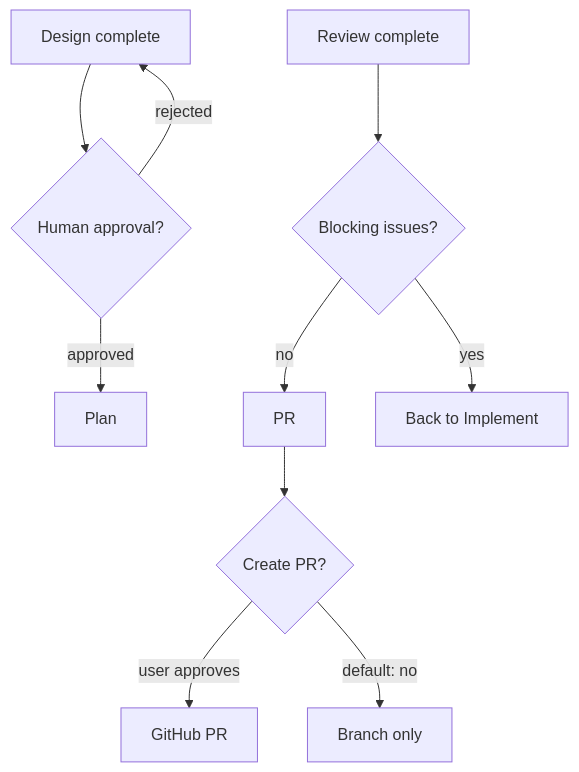
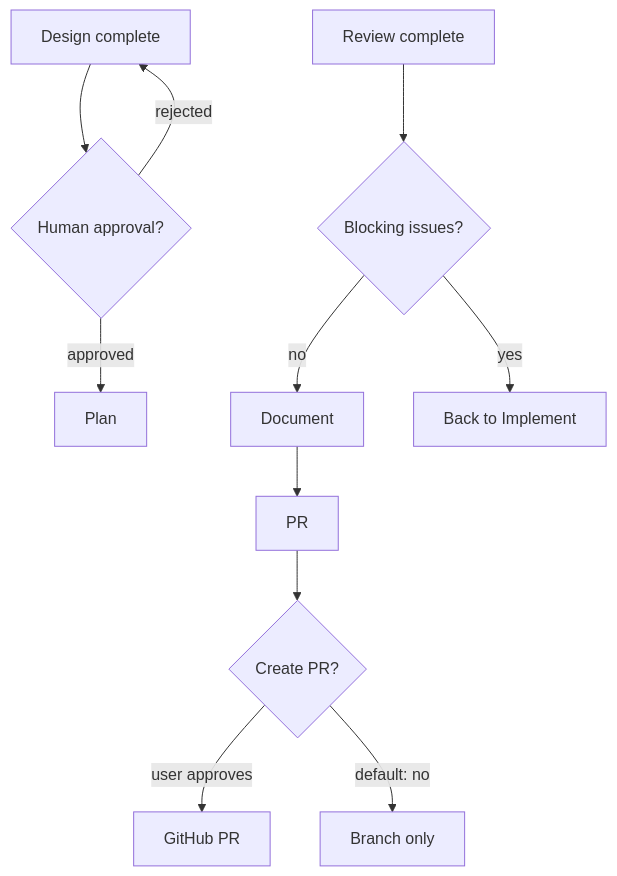
One commit to ikovinski/Claude changed the second of 2 diagrams in docs/dev-workflow/README.md. Above: the diagram before and after it, drawn with Mermaid. The commit also changed other lines of this file and 10 other files, not shown here.

````diff
--- a/docs/dev-workflow/README.md
+++ b/docs/dev-workflow/README.md
@@ -84,14 +93,14 @@
 ```mermaid
 flowchart TD
     D[Design complete] --> QG1{Human approval?}
     QG1 -->|approved| P[Plan]
     QG1 -->|rejected| D
 
     Rev[Review complete] --> QG2{Blocking issues?}
-    QG2 -->|no| PR[PR]
+    QG2 -->|no| Doc[Document] --> PR[PR]
     QG2 -->|yes| I[Back to Implement]
 
     PR --> QG3{Create PR?}
     QG3 -->|user approves| GH[GitHub PR]
     QG3 -->|default: no| Branch[Branch only]
 ```
````
